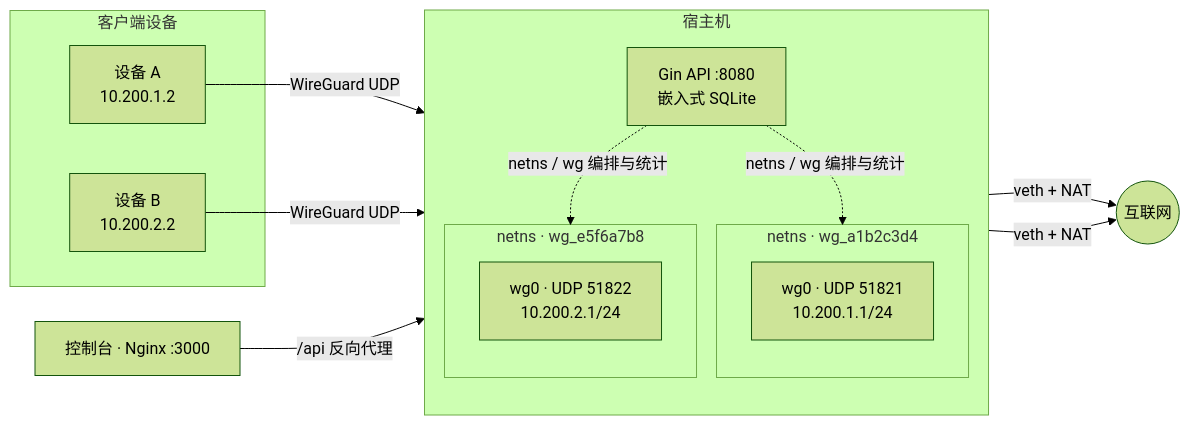
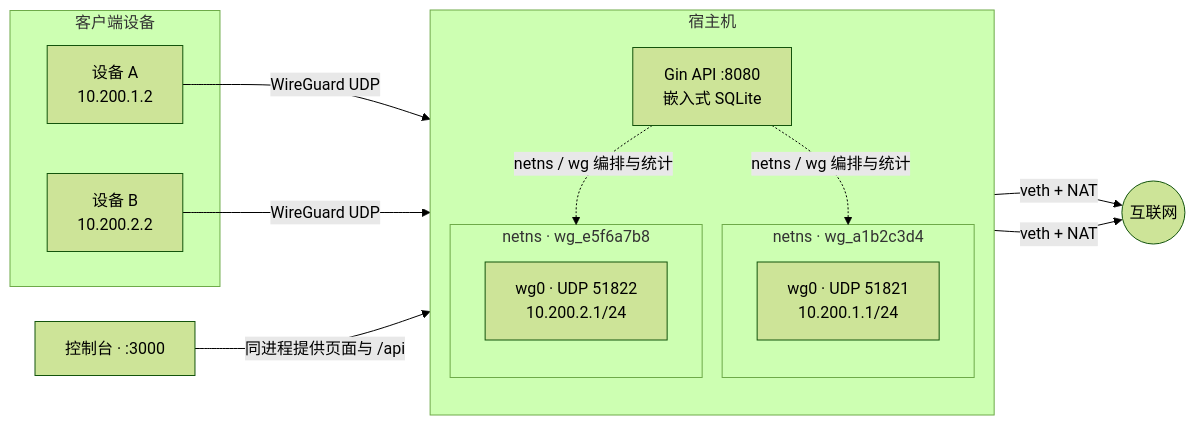
The diagram in README.md (ChouHX/WireguardManager), drawn with Mermaid (forest theme) before and after one commit. The commit also changed other lines of this file and 11 other files, not shown here.

````diff
--- a/README.md
+++ b/README.md
@@ -43,29 +43,29 @@
 ```mermaid
 flowchart LR
   subgraph clients["客户端设备"]
     D1["设备 A<br/>10.200.1.2"]
     D2["设备 B<br/>10.200.2.2"]
   end
 
   subgraph host["宿主机"]
     direction TB
     subgraph ns1["netns · wg_a1b2c3d4"]
       W1["wg0 · UDP 51821<br/>10.200.1.1/24"]
     end
     subgraph ns2["netns · wg_e5f6a7b8"]
       W2["wg0 · UDP 51822<br/>10.200.2.1/24"]
     end
     API["Gin API :8080<br/>嵌入式 SQLite"]
   end
 
-  WEB["控制台 · Nginx :3000"]
+  WEB["控制台 · :3000"]
   INET((互联网))
 
   D1 -- "WireGuard UDP" --> W1
   D2 -- "WireGuard UDP" --> W2
   W1 -- "veth + NAT" --> INET
   W2 -- "veth + NAT" --> INET
-  WEB -- "/api 反向代理" --> API
+  WEB -- "同进程提供页面与 /api" --> API
   API -. "netns / wg 编排与统计" .-> ns1
   API -. "netns / wg 编排与统计" .-> ns2
 ```
````
